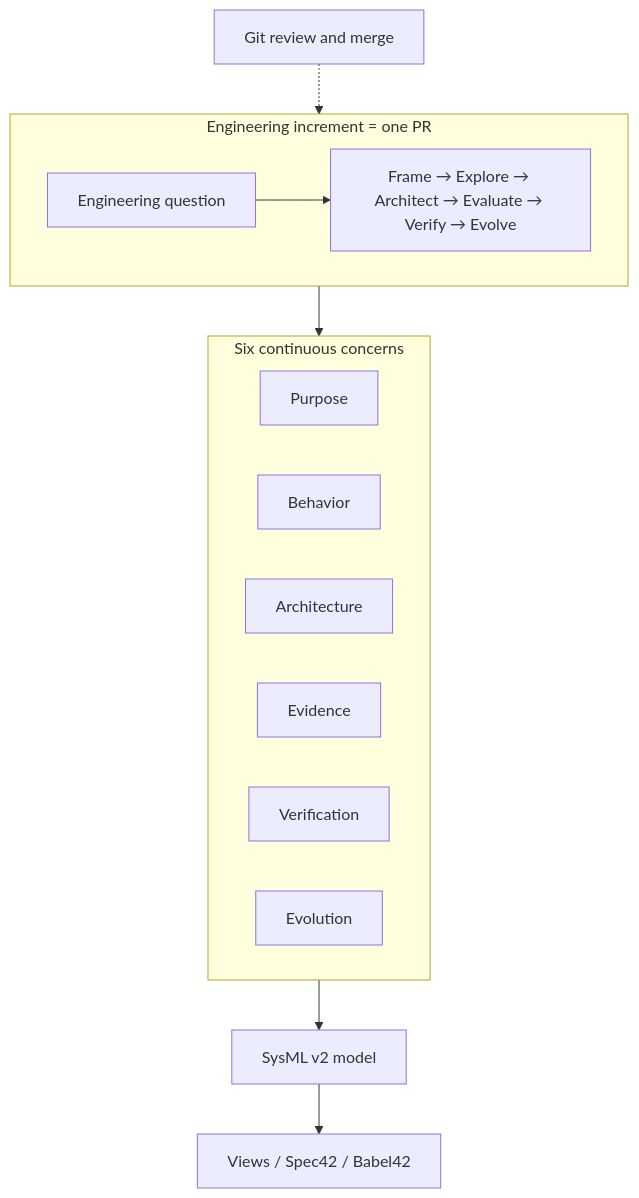
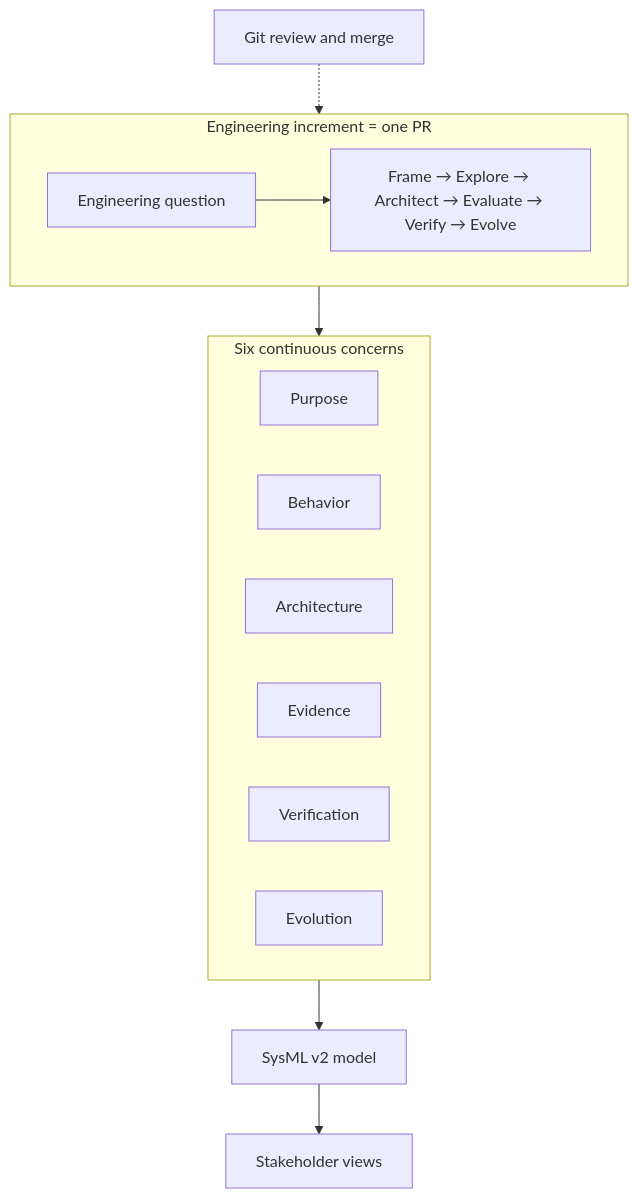
Before and after one commit to elan8/mbse-methodology: the diagram in README.md, drawn with Mermaid. The commit also changed other lines of this file and 62 other files, not shown here.

````diff
--- a/README.md
+++ b/README.md
@@ -44,20 +43,20 @@
 ```mermaid
 flowchart TB
   subgraph increment [Engineering increment = one PR]
     Q[Engineering question]
     Q --> Loop
     Loop[Frame → Explore → Architect → Evaluate → Verify → Evolve]
   end
   subgraph concerns [Six continuous concerns]
     P[Purpose]
     B[Behavior]
     A[Architecture]
     E[Evidence]
     V[Verification]
     Ev[Evolution]
   end
   increment --> concerns
   concerns --> Model[SysML v2 model]
-  Model --> Views[Views / Spec42 / Babel42]
+  Model --> Views[Stakeholder views]
   Git[Git review and merge] -.-> increment
 ```
````
